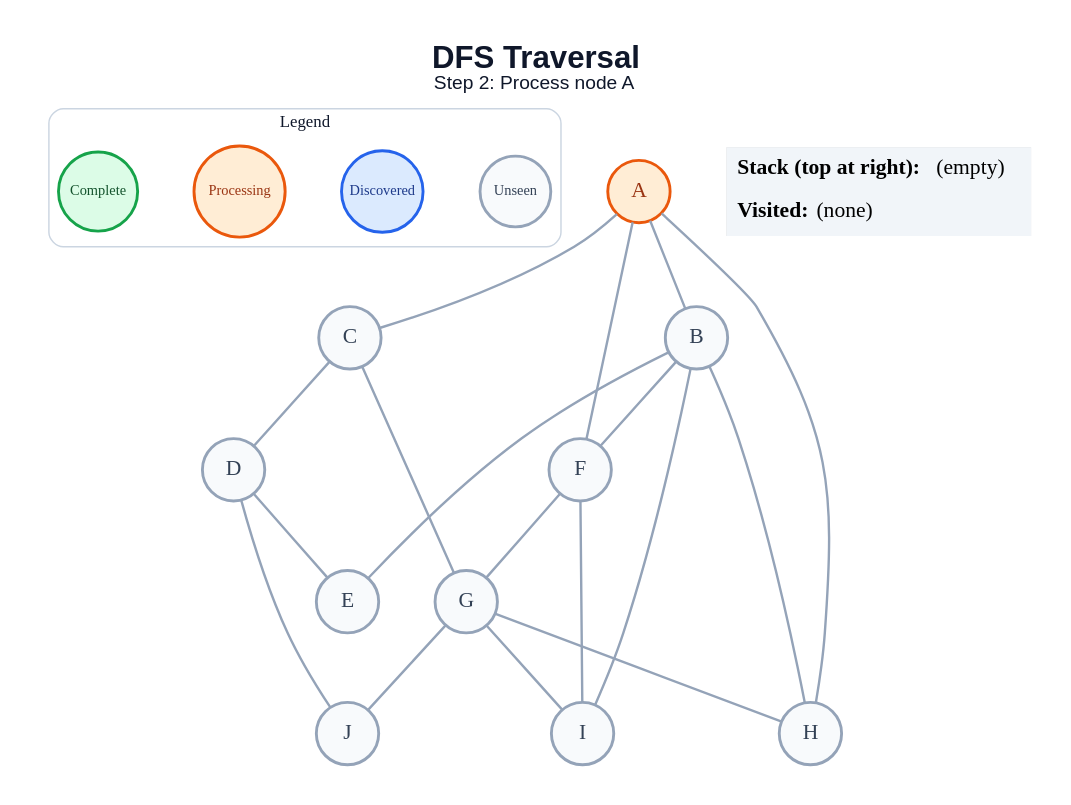
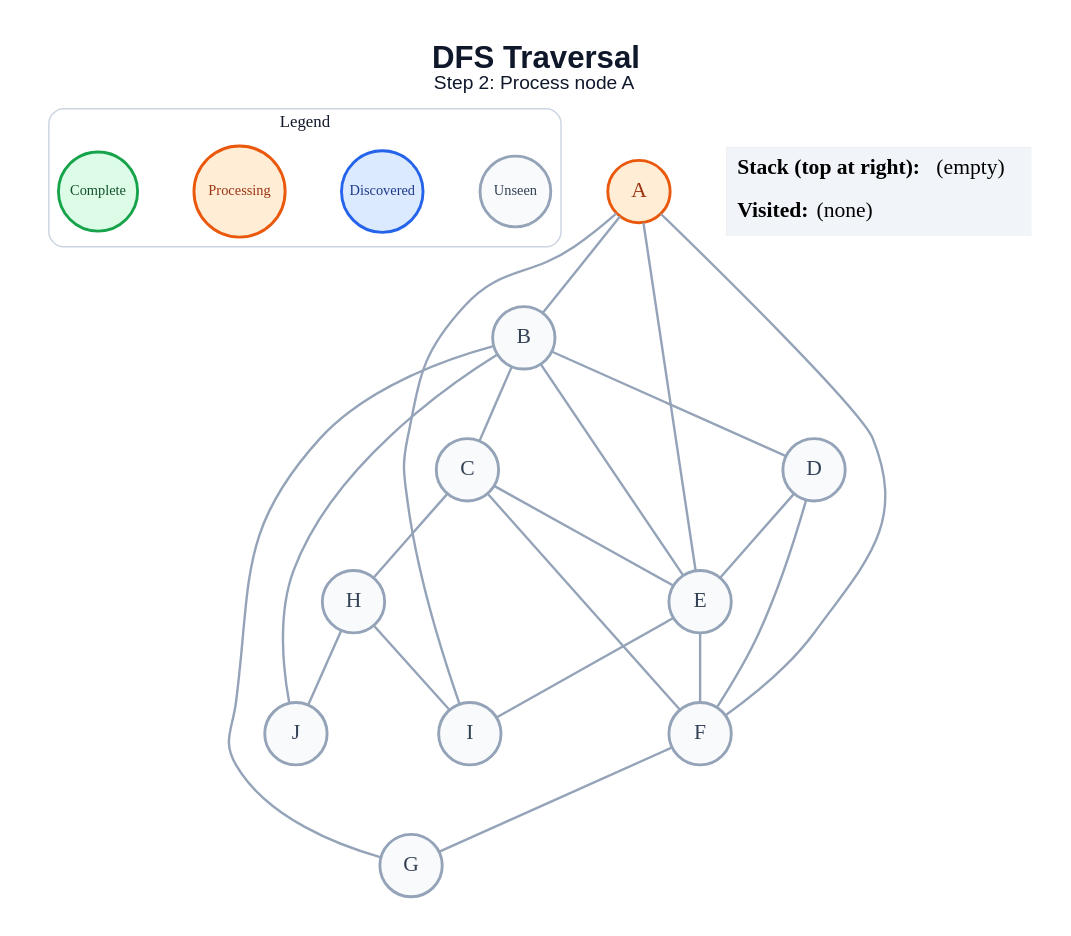
Before and after one commit to amanghodawala9/ai-slop: the diagram in generated/dfs/step_02.dot, drawn with Graphviz. The commit also changed 178 other files, not shown here.

```diff
--- a/generated/dfs/step_02.dot
+++ b/generated/dfs/step_02.dot
@@ -1,46 +1,48 @@
 graph traversal {
   graph [layout=dot, rankdir=TB, bgcolor="#FFFFFF", pad="0.35", nodesep="0.65", ranksep="0.8", fontname="Arial"];
   node [shape=circle, style="filled", fontname="Arial Bold", fontsize=18, width=0.72, fixedsize=true, penwidth=2.4];
   edge [color="#94A3B8", penwidth=2.0];
   label=<<B>DFS Traversal</B><BR/><FONT POINT-SIZE="16">Step 2: Process node A</FONT>>; labelloc="t"; fontsize=26; fontname="Arial"; fontcolor="#0F172A";
   subgraph cluster_legend { label="Legend"; color="#CBD5E1"; penwidth=1.2; style="rounded"; fontsize=14; fontname="Arial Bold";
     key_unseen [label="Unseen", fillcolor="#F8FAFC", color="#94A3B8", fontcolor="#334155", fontsize=12, width=0.82];
     key_frontier [label="Discovered", fillcolor="#DBEAFE", color="#2563EB", fontcolor="#1E3A8A", fontsize=12, width=0.95];
     key_current [label="Processing", fillcolor="#FFEDD5", color="#EA580C", fontcolor="#9A3412", fontsize=12, width=1.05];
     key_done [label="Complete", fillcolor="#DCFCE7", color="#16A34A", fontcolor="#14532D", fontsize=12, width=0.92];
     { rank=same; key_unseen; key_frontier; key_current; key_done; }
   }
   A [fillcolor="#FFEDD5", color="#EA580C", fontcolor="#9A3412"];
   B [fillcolor="#F8FAFC", color="#94A3B8", fontcolor="#334155"];
   C [fillcolor="#F8FAFC", color="#94A3B8", fontcolor="#334155"];
   D [fillcolor="#F8FAFC", color="#94A3B8", fontcolor="#334155"];
   E [fillcolor="#F8FAFC", color="#94A3B8", fontcolor="#334155"];
   F [fillcolor="#F8FAFC", color="#94A3B8", fontcolor="#334155"];
   G [fillcolor="#F8FAFC", color="#94A3B8", fontcolor="#334155"];
   H [fillcolor="#F8FAFC", color="#94A3B8", fontcolor="#334155"];
   I [fillcolor="#F8FAFC", color="#94A3B8", fontcolor="#334155"];
   J [fillcolor="#F8FAFC", color="#94A3B8", fontcolor="#334155"];
   A -- B;
-  A -- C;
+  A -- E;
   A -- F;
-  A -- H;
+  A -- I;
+  B -- C;
+  B -- D;
   B -- E;
-  B -- F;
-  B -- H;
-  B -- I;
-  C -- D;
-  C -- G;
+  B -- G;
+  B -- J;
+  C -- E;
+  C -- F;
+  C -- H;
   D -- E;
-  D -- J;
+  D -- F;
+  E -- F;
+  E -- I;
   F -- G;
-  F -- I;
-  G -- H;
-  G -- I;
-  G -- J;
+  H -- I;
+  H -- J;
   status [shape=plain, fixedsize=false, width=0, height=0, margin=0, label=<
     <TABLE BORDER="0" CELLBORDER="0" CELLPADDING="7" BGCOLOR="#F1F5F9">
       <TR><TD ALIGN="LEFT"><B>Stack (top at right):</B> (empty)</TD></TR>
       <TR><TD ALIGN="LEFT"><B>Visited:</B> (none)</TD></TR>
     </TABLE>
   >];
 }
```
